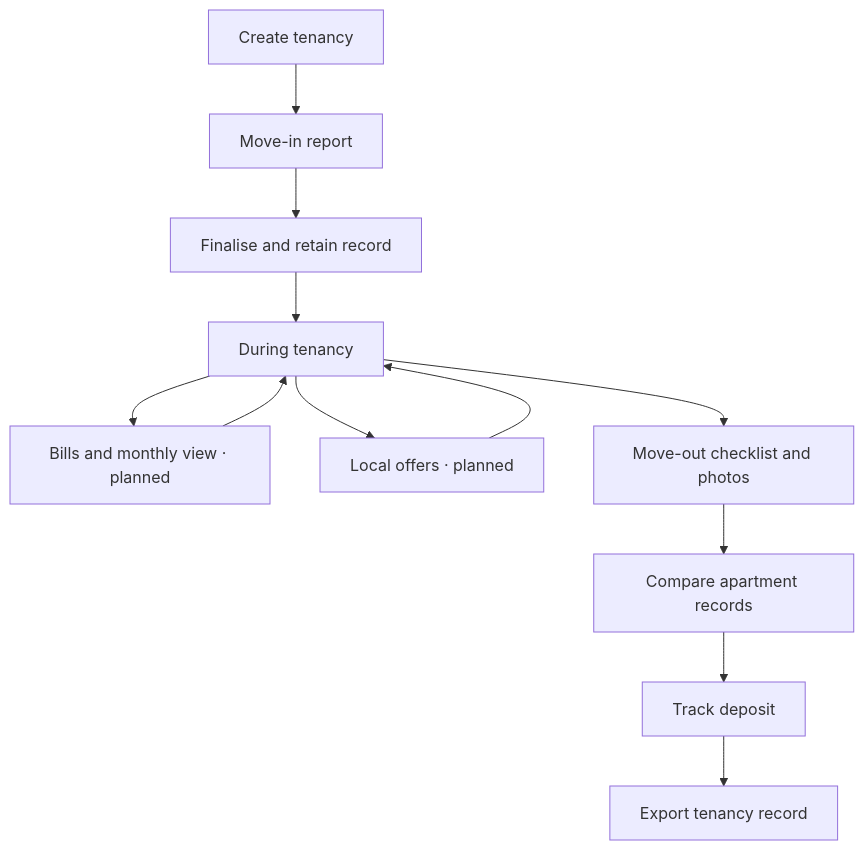
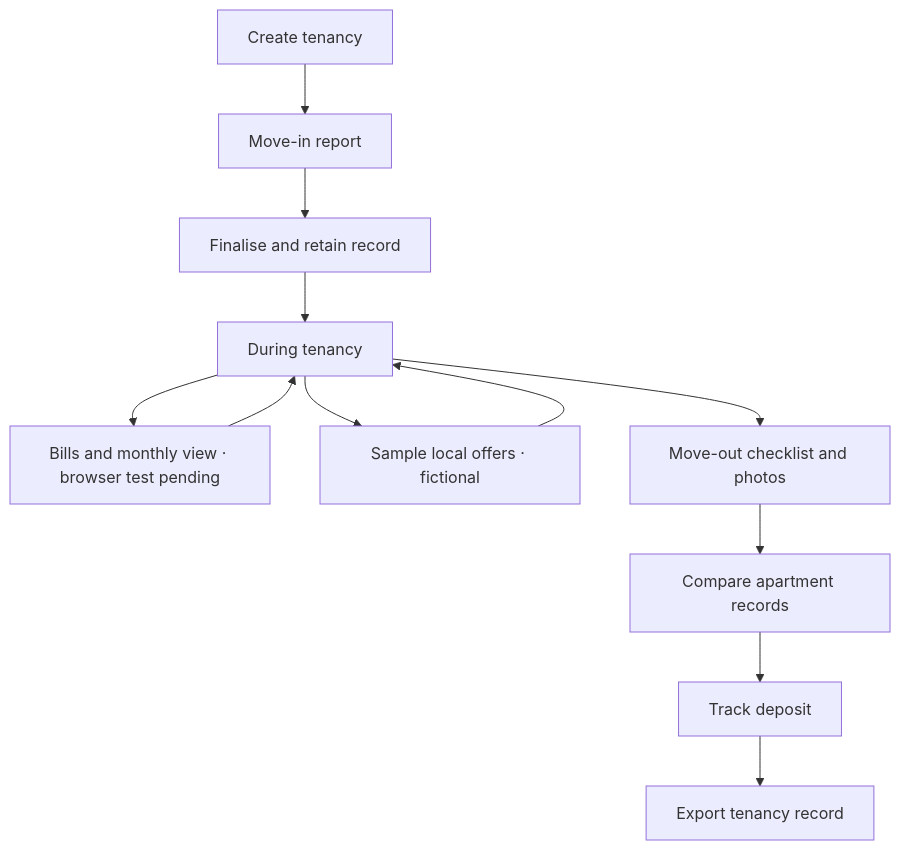
Before and after one commit to tutimuti128/RentRecord: the diagram in docs/product-flow.md, drawn with Mermaid. The commit also changed other lines of this file and 8 other files, not shown here.

Commit message:
Add bills tracking and local benefits demo

````diff
--- a/docs/product-flow.md
+++ b/docs/product-flow.md
@@ -20,14 +20,14 @@
 ```mermaid
 flowchart TD
     A["Create tenancy"] --> B["Move-in report"]
     B --> C["Finalise and retain record"]
     C --> D["During tenancy"]
-    D --> E["Bills and monthly view · planned"]
-    D --> F["Local offers · planned"]
+    D --> E["Bills and monthly view · browser test pending"]
+    D --> F["Sample local offers · fictional"]
     D --> G["Move-out checklist and photos"]
     E --> D
     F --> D
     G --> H["Compare apartment records"]
     H --> I["Track deposit"]
     I --> J["Export tenancy record"]
 ```
````
